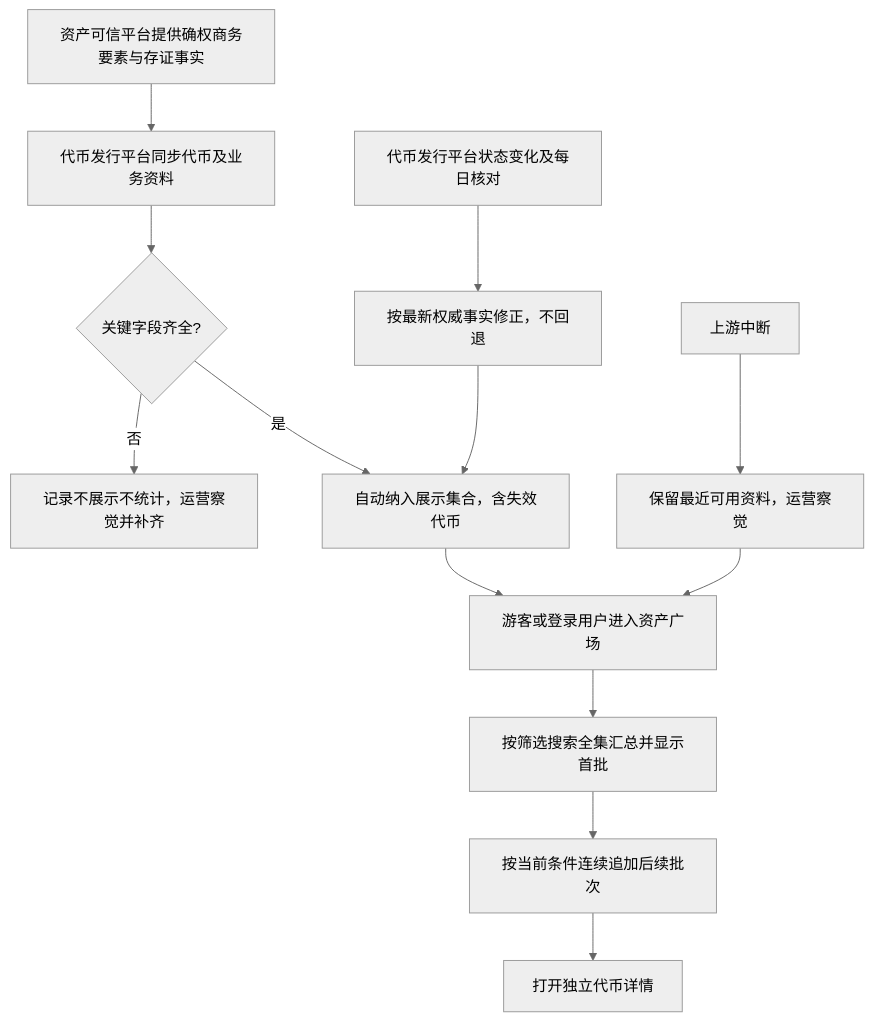
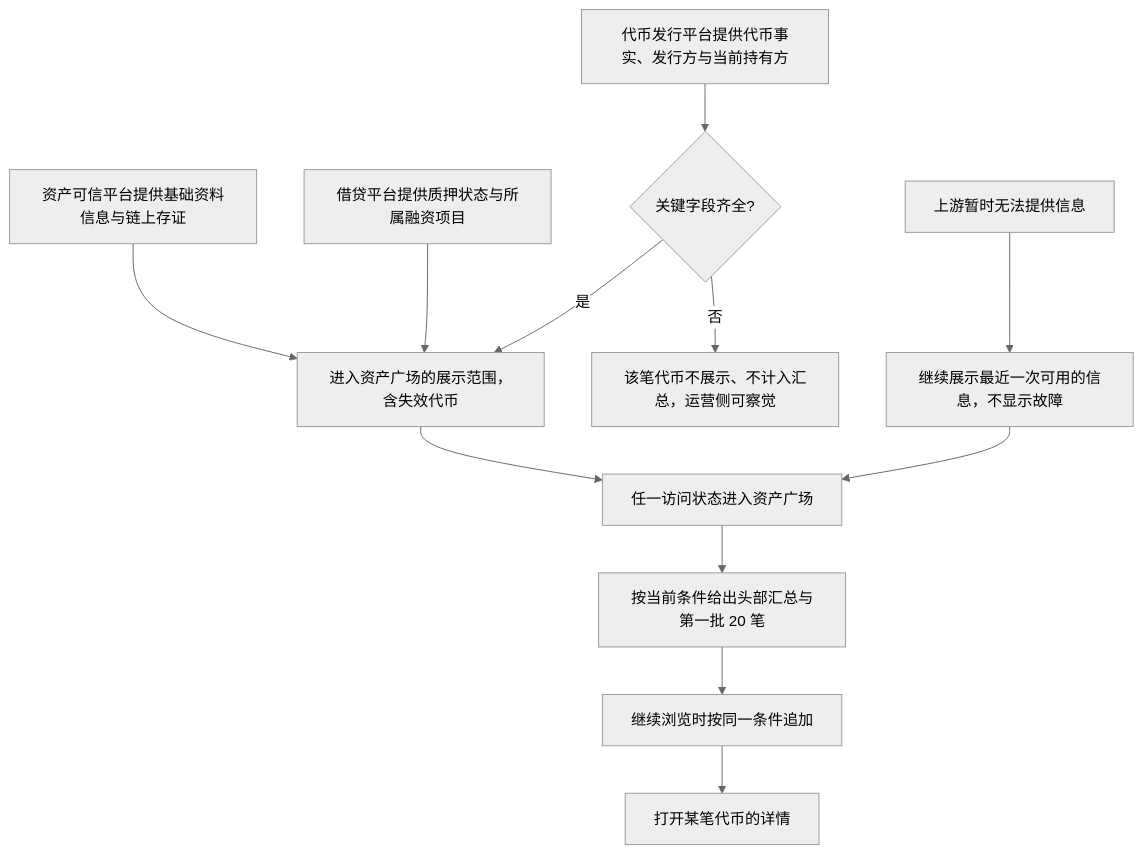
One commit to wxblockchain/Chain-Financing changed the first of 6 diagrams in lending-platform/PRD/面客端/04-资产广场-已上架代币只读域/02-资产广场-流程图与状态机.md. Above: the diagram before and after it, drawn with Mermaid (neutral theme). The commit also changed other lines of this file and 5 other files, not shown here.

````diff
--- a/lending-platform/PRD/面客端/04-资产广场-已上架代币只读域/02-资产广场-流程图与状态机.md
+++ b/lending-platform/PRD/面客端/04-资产广场-已上架代币只读域/02-资产广场-流程图与状态机.md
@@ -12,15 +19,14 @@
 ```mermaid
 flowchart TD
-  S[资产可信平台提供确权商务要素与存证事实] --> A
-  A[代币发行平台同步代币及业务资料] --> B{关键字段齐全?}
-  B -->|否| C[记录不展示不统计，运营察觉并补齐]
-  B -->|是| D[自动纳入展示集合，含失效代币]
-  D --> E[游客或登录用户进入资产广场]
-  E --> F[按筛选搜索全集汇总并显示首批]
-  F --> G[按当前条件连续追加后续批次]
-  G --> H[打开独立代币详情]
-  I[代币发行平台状态变化及每日核对] --> J[按最新权威事实修正，不回退]
-  J --> D
-  K[上游中断] --> L[保留最近可用资料，运营察觉]
-  L --> E
+  T[代币发行平台提供代币事实、发行方与当前持有方] --> B{关键字段齐全?}
+  S[资产可信平台提供基础资料信息与链上存证] --> D
+  P[借贷平台提供质押状态与所属融资项目] --> D
+  B -->|否| C[该笔代币不展示、不计入汇总，运营侧可察觉]
+  B -->|是| D[进入资产广场的展示范围，含失效代币]
+  D --> E[任一访问状态进入资产广场]
+  E --> F[按当前条件给出头部汇总与第一批 20 笔]
+  F --> G[继续浏览时按同一条件追加]
+  G --> H[打开某笔代币的详情]
+  U[上游暂时无法提供信息] --> V[继续展示最近一次可用的信息，不显示故障]
+  V --> E
 ```
````
